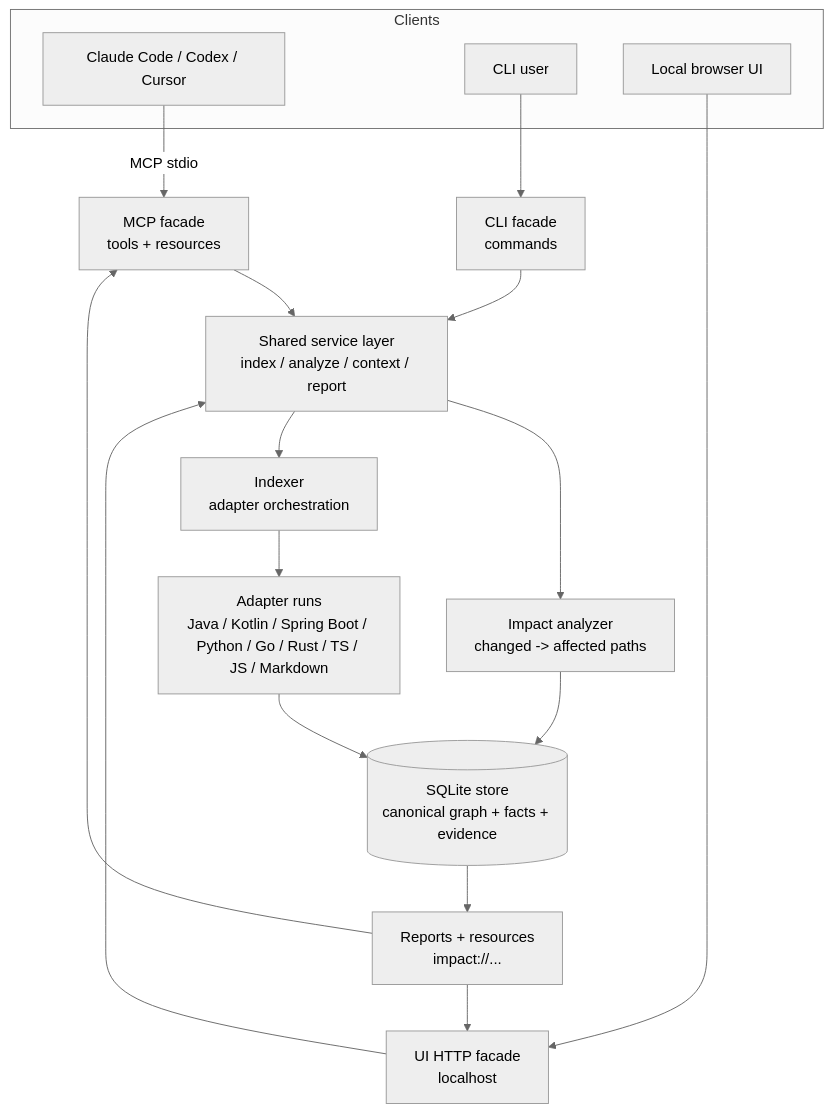
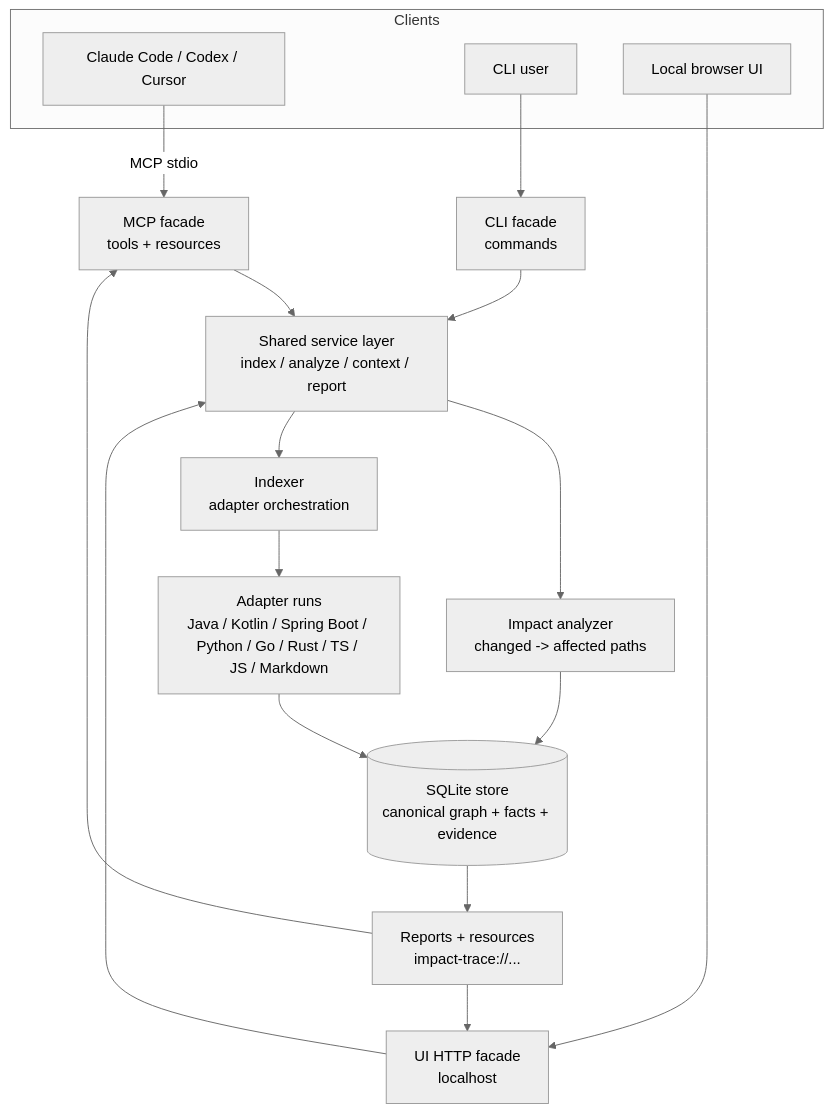
One commit to YouSangSon/Parallax changed the eighth of 9 diagrams in docs/impact-context-layer-plan.ko.md. Above: the diagram before and after it, drawn with Mermaid (neutral theme). The commit also changed other lines of this file and 4 other files, not shown here.

First line of the commit message:
docs(agentmemory): follow-up roadmap 정렬

````diff
--- a/docs/impact-context-layer-plan.ko.md
+++ b/docs/impact-context-layer-plan.ko.md
@@ -562,26 +562,26 @@
 ```mermaid
 flowchart TB
   subgraph Clients["Clients"]
     Agent["Claude Code / Codex / Cursor"]
     Terminal["CLI user"]
     Browser["Local browser UI"]
   end
 
   Agent -->|MCP stdio| Mcp["MCP facade<br/>tools + resources"]
   Terminal --> Cli["CLI facade<br/>commands"]
   Browser --> Http["UI HTTP facade<br/>localhost"]
 
   Mcp --> Service["Shared service layer<br/>index / analyze / context / report"]
   Cli --> Service
   Http --> Service
 
   Service --> Analyzer["Impact analyzer<br/>changed -> affected paths"]
   Service --> Indexer["Indexer<br/>adapter orchestration"]
 
   Indexer --> Adapters["Adapter runs<br/>Java / Kotlin / Spring Boot / Python / Go / Rust / TS / JS / Markdown"]
   Adapters --> Store[("SQLite store<br/>canonical graph + facts + evidence")]
   Analyzer --> Store
-  Store --> Resources["Reports + resources<br/>impact://..."]
+  Store --> Resources["Reports + resources<br/>impact-trace://..."]
   Resources --> Mcp
   Resources --> Http
 ```
````
